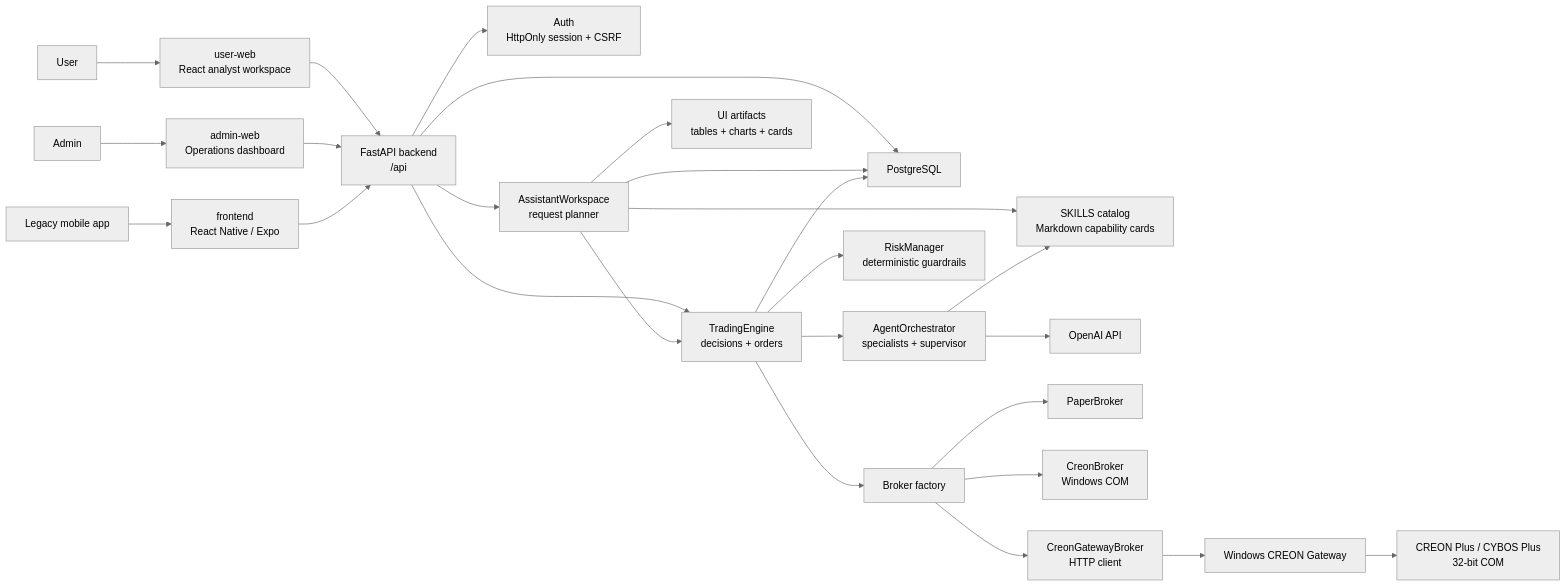
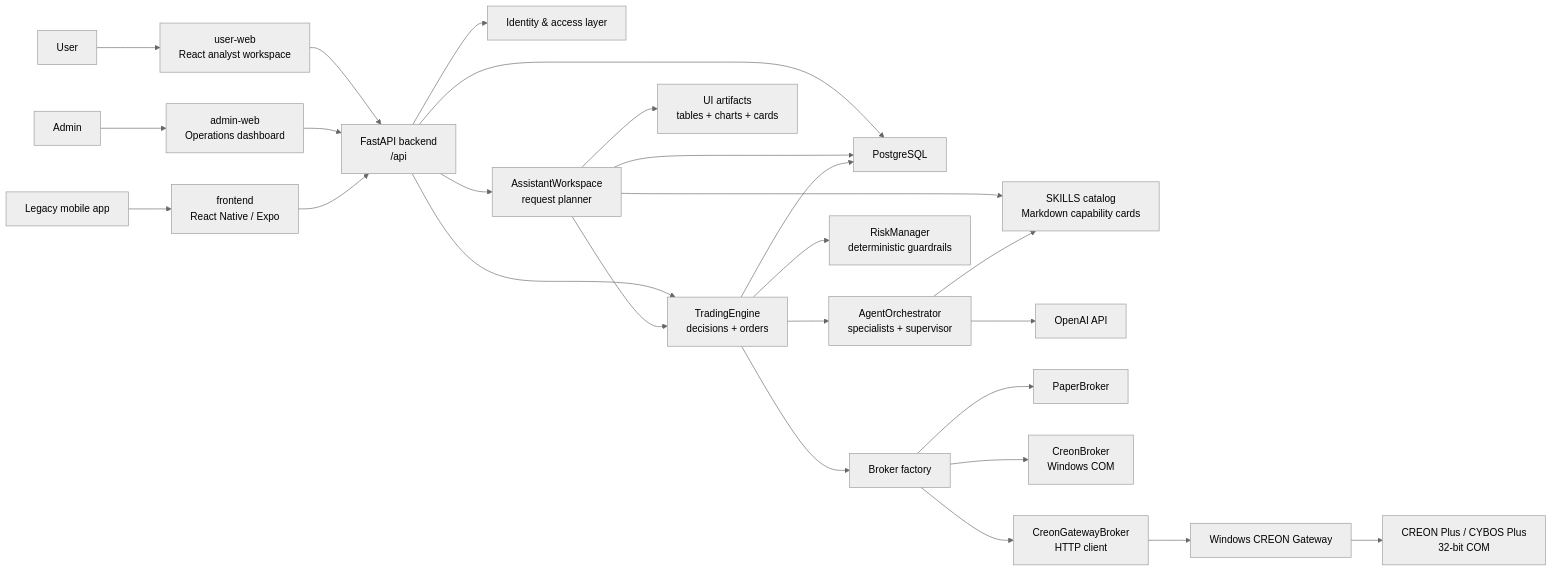
The first of 3 diagrams in README.md (dae9999nam/Trade-Pilot), drawn with Mermaid (neutral theme) before and after one commit. The commit also changed other lines of this file and 5 other files, not shown here.

````diff
--- a/README.md
+++ b/README.md
@@ -37,33 +37,33 @@
 ```mermaid
 flowchart LR
   User["User"] --> UserWeb["user-web<br/>React analyst workspace"]
   Admin["Admin"] --> AdminWeb["admin-web<br/>Operations dashboard"]
   Mobile["Legacy mobile app"] --> MobileApp["frontend<br/>React Native / Expo"]
 
   UserWeb --> API["FastAPI backend<br/>/api"]
   AdminWeb --> API
   MobileApp --> API
 
-  API --> Auth["Auth<br/>HttpOnly session + CSRF"]
+  API --> Access["Identity & access layer"]
   API --> Assistant["AssistantWorkspace<br/>request planner"]
   API --> Engine["TradingEngine<br/>decisions + orders"]
   API --> DB["PostgreSQL"]
 
   Assistant --> Skills["SKILLS catalog<br/>Markdown capability cards"]
   Assistant --> DB
   Assistant --> Engine
   Assistant --> Artifacts["UI artifacts<br/>tables + charts + cards"]
 
   Engine --> Orchestrator["AgentOrchestrator<br/>specialists + supervisor"]
   Orchestrator --> Skills
   Orchestrator --> OpenAI["OpenAI API"]
   Engine --> Risk["RiskManager<br/>deterministic guardrails"]
   Engine --> BrokerFactory["Broker factory"]
   Engine --> DB
 
   BrokerFactory --> Paper["PaperBroker"]
   BrokerFactory --> CreonDirect["CreonBroker<br/>Windows COM"]
   BrokerFactory --> CreonGatewayBroker["CreonGatewayBroker<br/>HTTP client"]
   CreonGatewayBroker --> Gateway["Windows CREON Gateway"]
   Gateway --> Creon["CREON Plus / CYBOS Plus<br/>32-bit COM"]
 ```
````
